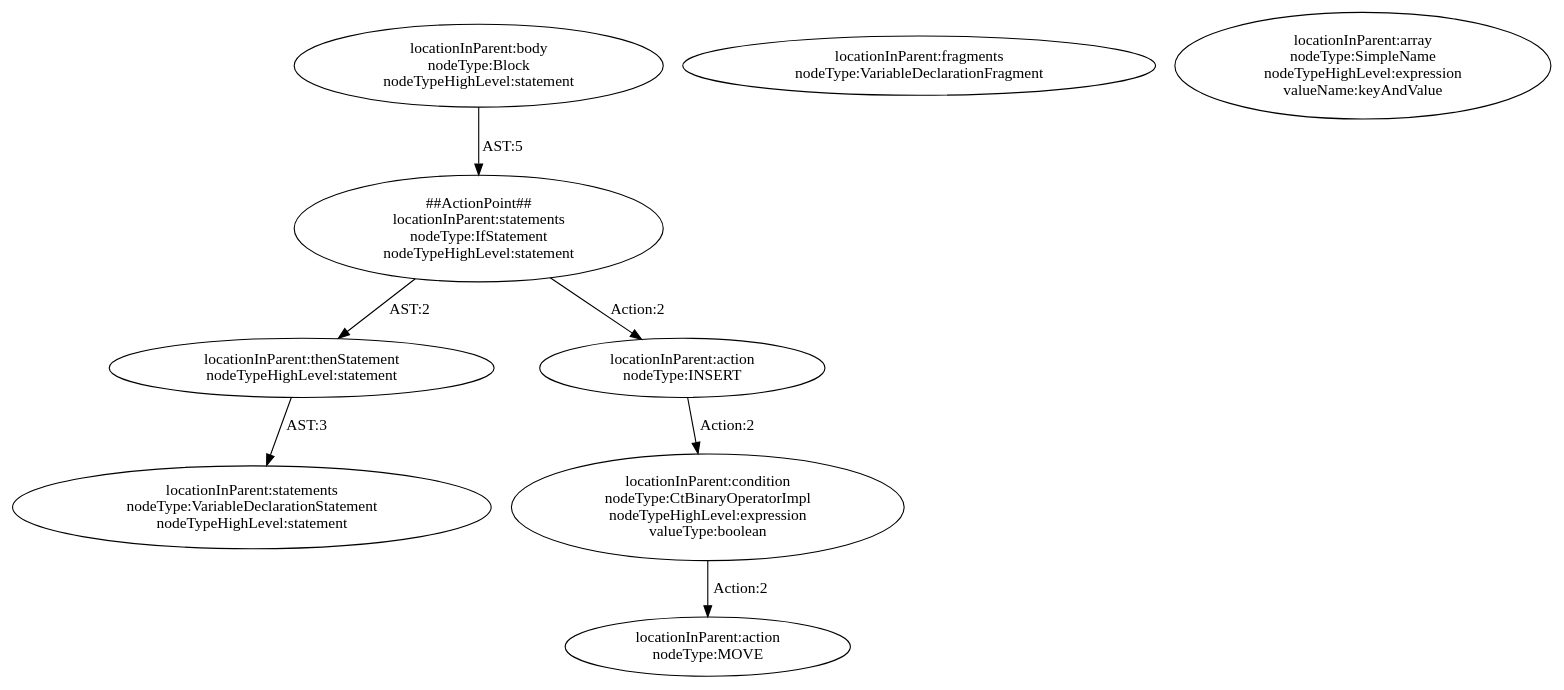
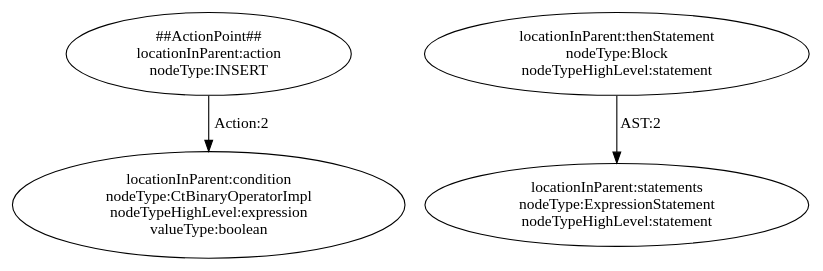
One commit to ssmingz/FixGen changed the diagram in codegraph/out/pattern_EmptyCheck_abstract0.dot. Above: the diagram before and after it, drawn with Graphviz. The commit also changed 47 other files, not shown here.

```diff
--- a/codegraph/out/pattern_EmptyCheck_abstract0.dot
+++ b/codegraph/out/pattern_EmptyCheck_abstract0.dot
@@ -1,17 +1,8 @@
 digraph "Pattern" {
-0 [label="##ActionPoint##\nlocationInParent:statements\nnodeType:IfStatement\nnodeTypeHighLevel:statement" shape=ellipse]
-1 [label="locationInParent:body\nnodeType:Block\nnodeTypeHighLevel:statement" shape=ellipse]
-2 [label="locationInParent:thenStatement\nnodeTypeHighLevel:statement" shape=ellipse]
-3 [label="locationInParent:action\nnodeType:INSERT" shape=ellipse]
-4 [label="locationInParent:action\nnodeType:MOVE" shape=ellipse]
-5 [label="locationInParent:condition\nnodeType:CtBinaryOperatorImpl\nnodeTypeHighLevel:expression\nvalueType:boolean" shape=ellipse]
-6 [label="locationInParent:statements\nnodeType:VariableDeclarationStatement\nnodeTypeHighLevel:statement" shape=ellipse]
-7 [label="locationInParent:fragments\nnodeType:VariableDeclarationFragment" shape=ellipse]
-8 [label="locationInParent:array\nnodeType:SimpleName\nnodeTypeHighLevel:expression\nvalueName:keyAndValue" shape=ellipse]
-0 -> 2 [label="AST:2"];
+0 [label="##ActionPoint##\nlocationInParent:action\nnodeType:INSERT" shape=ellipse]
+1 [label="locationInParent:thenStatement\nnodeType:Block\nnodeTypeHighLevel:statement" shape=ellipse]
+2 [label="locationInParent:statements\nnodeType:ExpressionStatement\nnodeTypeHighLevel:statement" shape=ellipse]
+3 [label="locationInParent:condition\nnodeType:CtBinaryOperatorImpl\nnodeTypeHighLevel:expression\nvalueType:boolean" shape=ellipse]
 0 -> 3 [label="Action:2"];
-1 -> 0 [label="AST:5"];
-2 -> 6 [label="AST:3"];
-3 -> 5 [label="Action:2"];
-5 -> 4 [label="Action:2"];
+1 -> 2 [label="AST:2"];
 }
```
